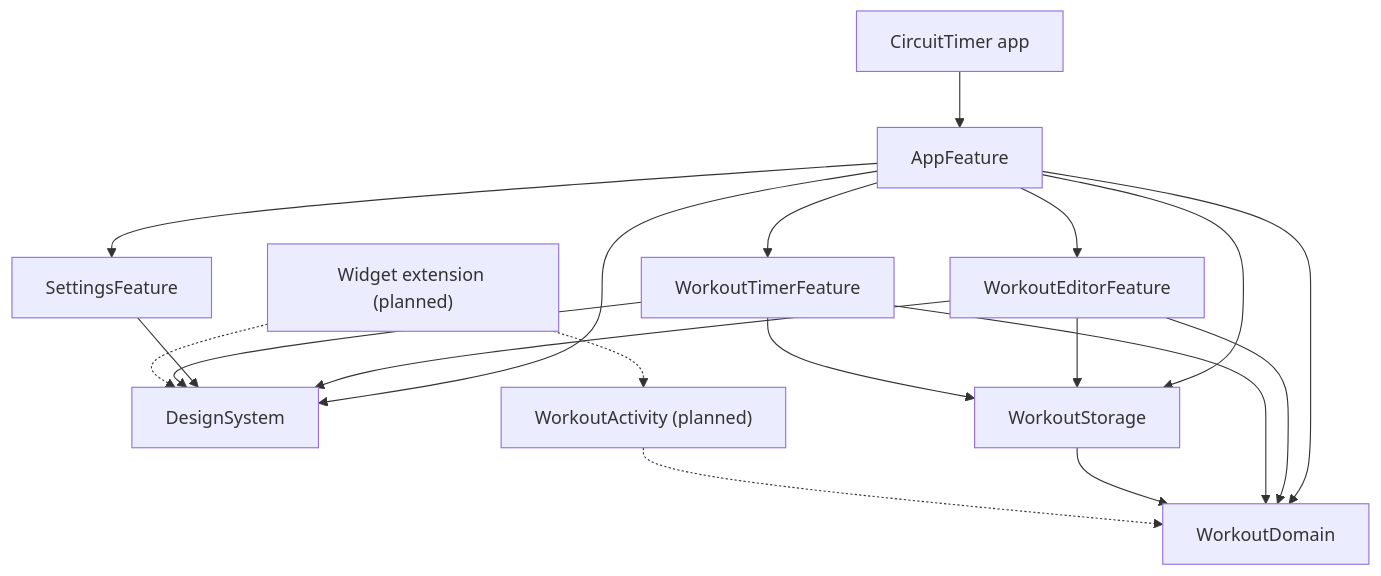
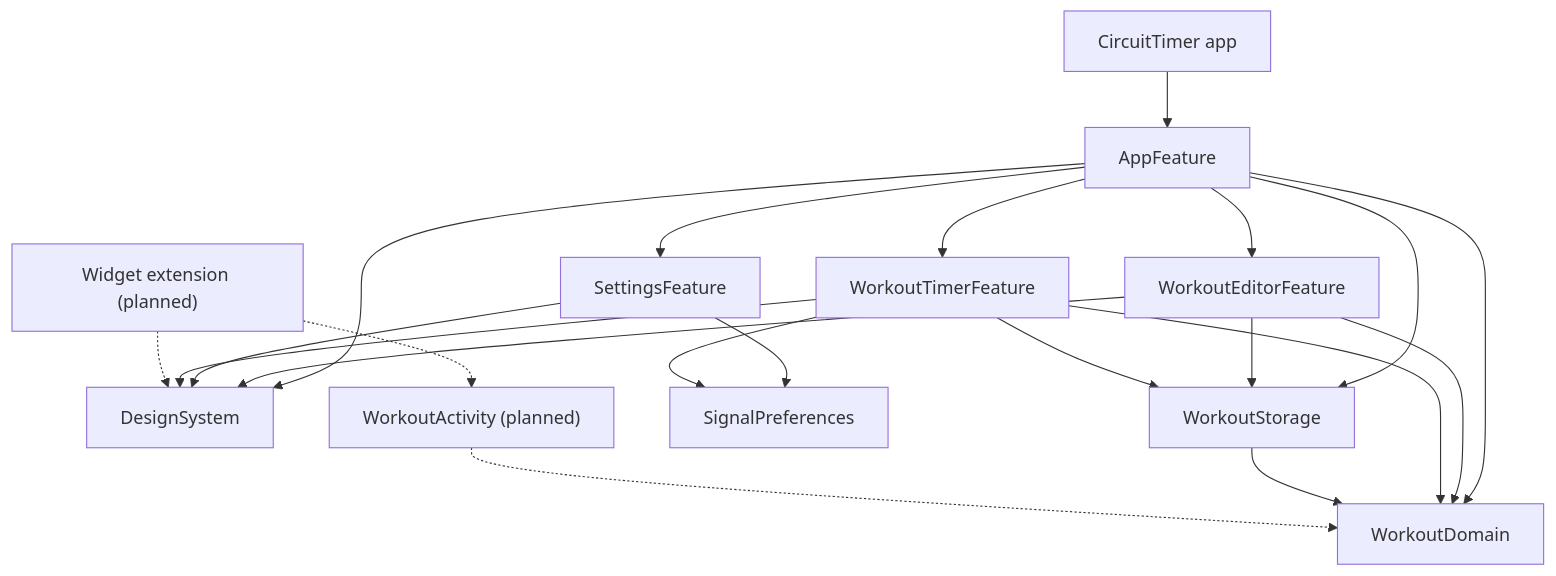
The diagram in README.md (akrementsov/CircuitTimer), drawn with Mermaid before and after one commit. The commit also changed other lines of this file and 12 other files, not shown here.

````diff
--- a/README.md
+++ b/README.md
@@ -22,21 +22,23 @@
 ```mermaid
 graph TD
     App["CircuitTimer app"] --> AppFeature
     AppFeature --> DesignSystem
     AppFeature --> WorkoutStorage
     AppFeature --> WorkoutDomain
     AppFeature --> WorkoutEditorFeature
     AppFeature --> SettingsFeature
     AppFeature --> WorkoutTimerFeature
     WorkoutEditorFeature --> DesignSystem
     WorkoutEditorFeature --> WorkoutStorage
     WorkoutEditorFeature --> WorkoutDomain
+    SettingsFeature --> SignalPreferences
+    WorkoutTimerFeature --> SignalPreferences
     SettingsFeature --> DesignSystem
     WorkoutTimerFeature --> DesignSystem
     WorkoutTimerFeature --> WorkoutDomain
     WorkoutTimerFeature --> WorkoutStorage
     WorkoutStorage --> WorkoutDomain
     Widget["Widget extension (planned)"] -.-> WorkoutActivity["WorkoutActivity (planned)"]
     Widget -.-> DesignSystem
     WorkoutActivity -.-> WorkoutDomain
 ```
````
